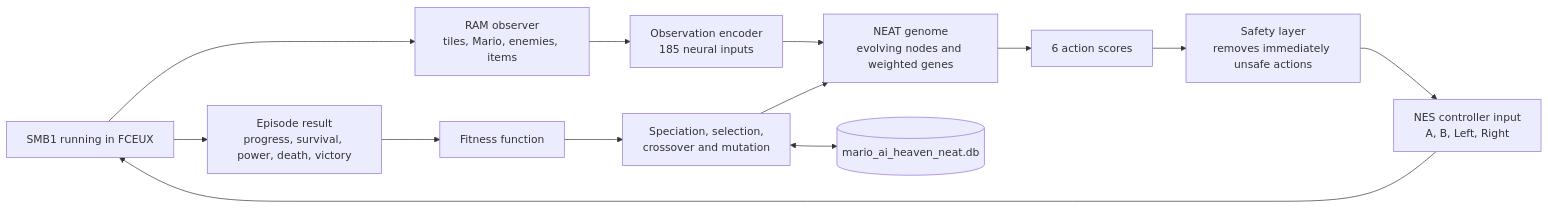
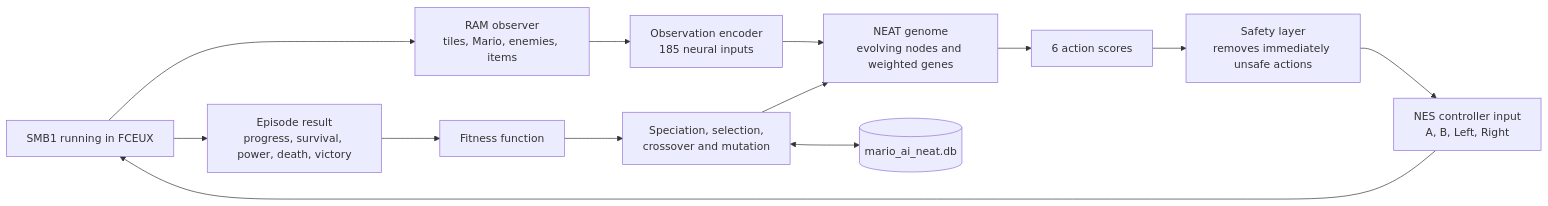
Before and after one commit to heaven-hm/mario-ai-neat: the first of 2 diagrams in README.md, drawn with Mermaid. The commit also changed other lines of this file and 5 other files, not shown here.

Commit message:
docs: document Mario AI NEAT resume workflow

````diff
--- a/README.md
+++ b/README.md
@@ -32,18 +32,18 @@
 ```mermaid
 flowchart LR
     Game["SMB1 running in FCEUX"]
     RAM["RAM observer<br/>tiles, Mario, enemies, items"]
     Encoder["Observation encoder<br/>185 neural inputs"]
     Genome["NEAT genome<br/>evolving nodes and weighted genes"]
     Scores["6 action scores"]
     Shield["Safety layer<br/>removes immediately unsafe actions"]
     Pad["NES controller input<br/>A, B, Left, Right"]
     Result["Episode result<br/>progress, survival, power, death, victory"]
     Fitness["Fitness function"]
     Evolution["Speciation, selection,<br/>crossover and mutation"]
-    Database[("mario_ai_heaven_neat.db")]
+    Database[("mario_ai_neat.db")]
 
     Game --> RAM --> Encoder --> Genome --> Scores --> Shield --> Pad --> Game
     Game --> Result --> Fitness --> Evolution --> Genome
     Evolution <--> Database
 ```
````
